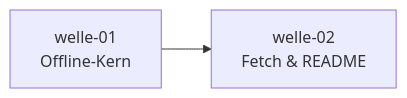
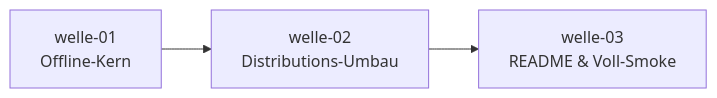
Before and after one commit to pt9912/ai-harness-init: the diagram in docs/plan/planning/in-progress/roadmap.md, drawn with Mermaid. The commit also changed other lines of this file and 7 other files, not shown here.

````diff
--- a/docs/plan/planning/in-progress/roadmap.md
+++ b/docs/plan/planning/in-progress/roadmap.md
@@ -52,6 +54,7 @@
 ```mermaid
 flowchart LR
     W1[welle-01<br/>Offline-Kern]
-    W2[welle-02<br/>Fetch & README]
-    W1 --> W2
+    W2[welle-02<br/>Distributions-Umbau]
+    W3[welle-03<br/>README & Voll-Smoke]
+    W1 --> W2 --> W3
 ```
````
